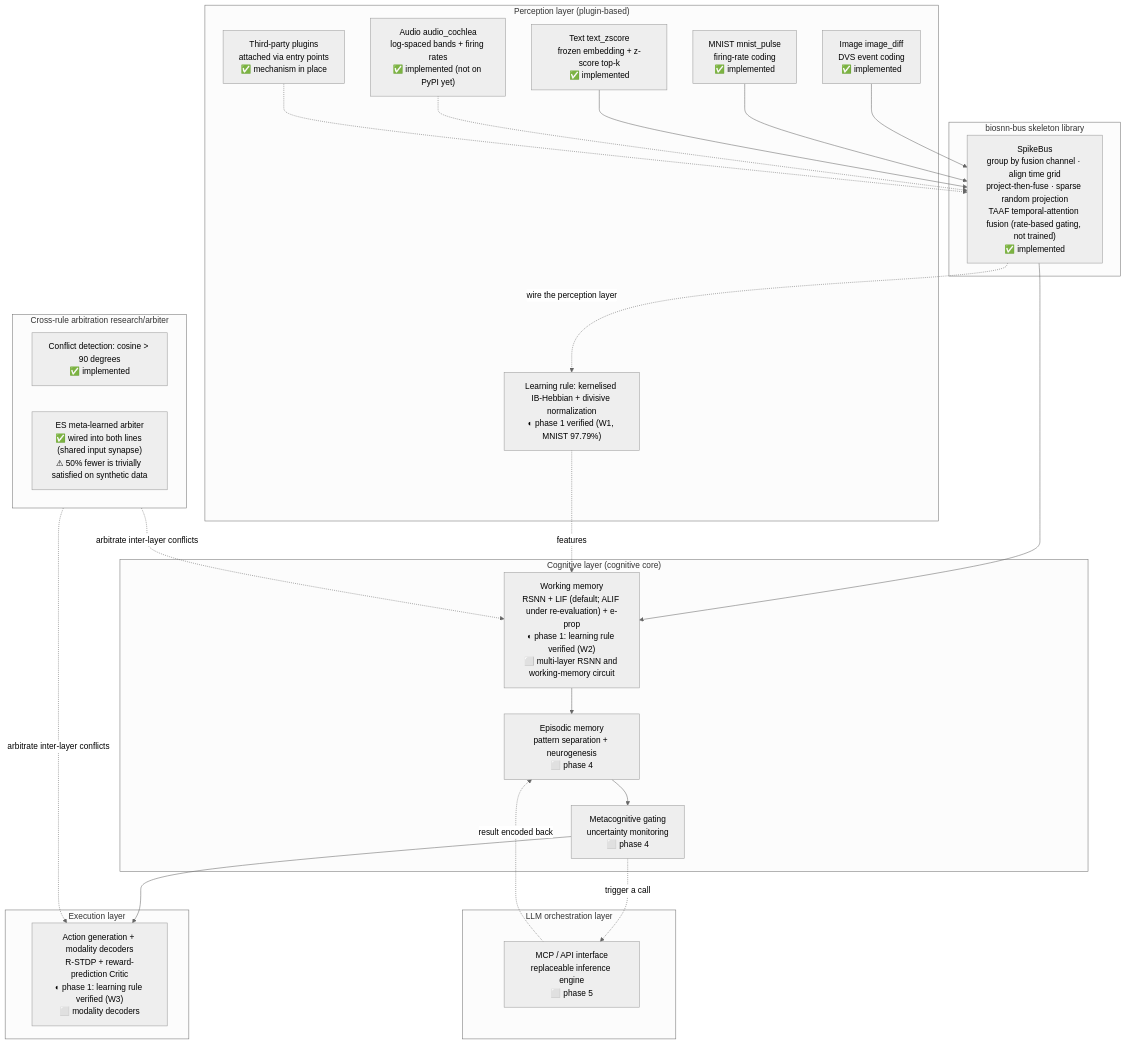
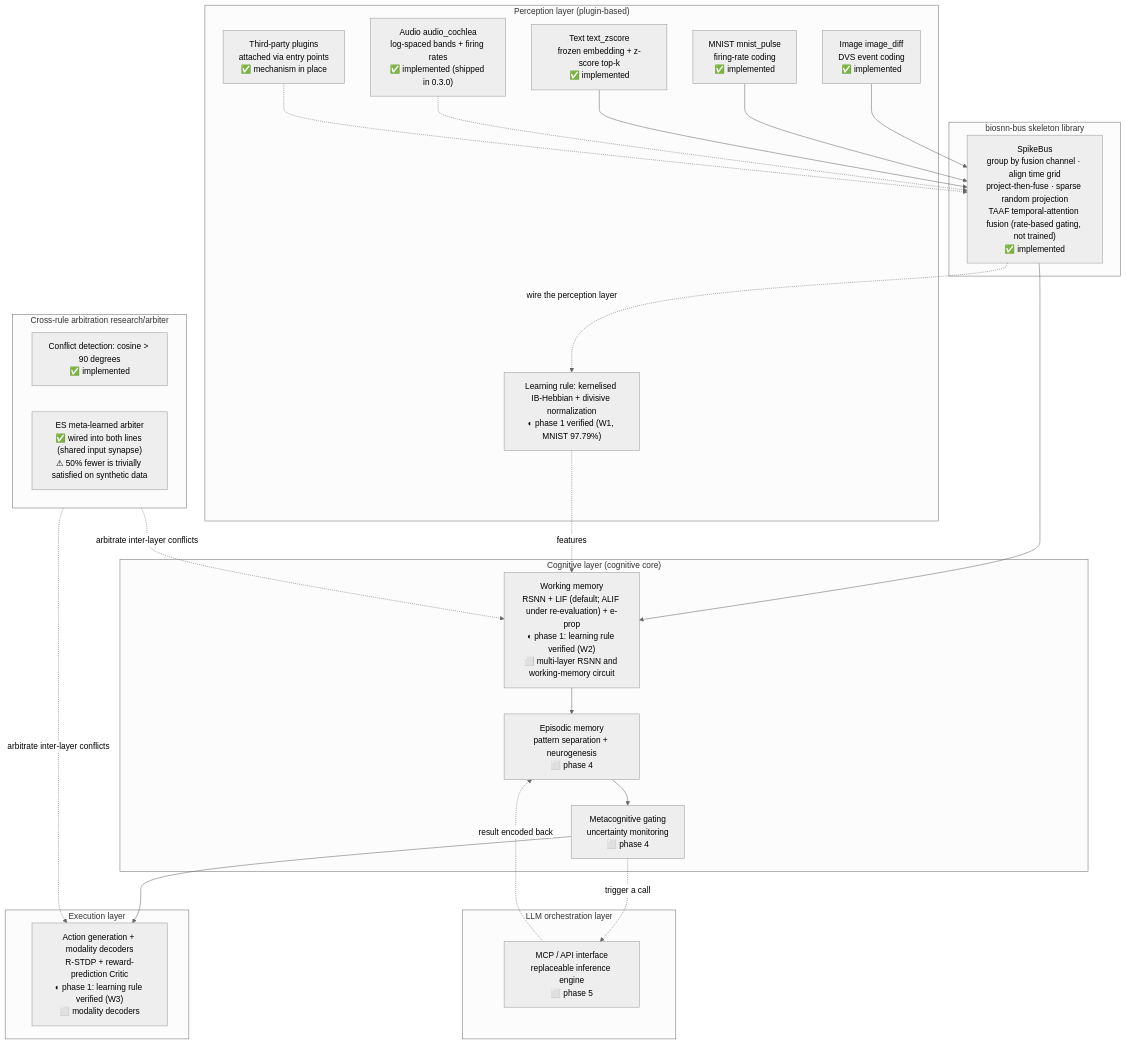
Before and after one commit to lzmd-arch/BioSNN-Plug: the diagram in README.en.md, drawn with Mermaid (neutral theme). The commit also changed other lines of this file and 2 other files, not shown here.

Commit message:
文档：音频插件其实已随 0.3.0 发布到 PyPI
进度核对时发现三语 README 的 2026-10-18 那两行仍写「未发布到 PyPI」，
而同一份文件的其它行写着 0.3.0 已发布、PyPI API 也确认了 0.3.0 在架。
v0.3.0 的 tag 是 2026-10-24 03:54，晚于那两行的日期——它们当时是真的，之后没跟着更新。

- README 三语：表格行与架构图节点都改为「0.3.0 已发布 / shipped in 0.3.0」。
- 计划书 §七 那个 2026-10-18 的进度块是**时点记录**，保持原样；等持续学习正式批次
  出结果后，再一并补一条修订说明（不覆盖原文）。

````diff
--- a/README.en.md
+++ b/README.en.md
@@ -145,50 +145,50 @@
 ```mermaid
 flowchart TB
     subgraph L5["LLM orchestration layer"]
         MCP["MCP / API interface<br/>replaceable inference engine<br/>⬜ phase 5"]
     end
 
     subgraph L4["Execution layer"]
         ACT["Action generation + modality decoders<br/>R-STDP + reward-prediction Critic<br/>◐ phase 1: learning rule verified (W3)<br/>⬜ modality decoders"]
     end
 
     subgraph L3["Cognitive layer (cognitive core)"]
         WM["Working memory<br/>RSNN + LIF (default; ALIF under re-evaluation) + e-prop<br/>◐ phase 1: learning rule verified (W2)<br/>⬜ multi-layer RSNN and working-memory circuit"]
         EM["Episodic memory<br/>pattern separation + neurogenesis<br/>⬜ phase 4"]
         MG["Metacognitive gating<br/>uncertainty monitoring<br/>⬜ phase 4"]
     end
 
     subgraph ARB["Cross-rule arbitration research/arbiter"]
         CF["Conflict detection: cosine > 90 degrees<br/>✅ implemented"]
         ES["ES meta-learned arbiter<br/>✅ wired into both lines (shared input synapse)<br/>⚠ 50% fewer is trivially satisfied on synthetic data"]
     end
 
     subgraph L2["biosnn-bus skeleton library"]
         BUS["SpikeBus<br/>group by fusion channel · align time grid<br/>project-then-fuse · sparse random projection<br/>TAAF temporal-attention fusion (rate-based gating, not trained)<br/>✅ implemented"]
     end
 
     subgraph L1["Perception layer (plugin-based)"]
         IMG["Image image_diff<br/>DVS event coding<br/>✅ implemented"]
         MN["MNIST mnist_pulse<br/>firing-rate coding<br/>✅ implemented"]
         TXT["Text text_zscore<br/>frozen embedding + z-score top-k<br/>✅ implemented"]
-        AUD["Audio audio_cochlea<br/>log-spaced bands + firing rates<br/>✅ implemented (not on PyPI yet)"]
+        AUD["Audio audio_cochlea<br/>log-spaced bands + firing rates<br/>✅ implemented (shipped in 0.3.0)"]
         THIRD["Third-party plugins<br/>attached via entry points<br/>✅ mechanism in place"]
         HEB["Learning rule: kernelised IB-Hebbian + divisive normalization<br/>◐ phase 1 verified (W1, MNIST 97.79%)"]
     end
 
     IMG --> BUS
     MN --> BUS
     TXT --> BUS
     AUD -.-> BUS
     THIRD -.-> BUS
     BUS --> WM
     BUS -.->|wire the perception layer| HEB
     HEB -.->|features| WM
     WM --> EM
     EM --> MG
     MG --> ACT
     MG -.->|trigger a call| MCP
     MCP -.->|result encoded back| EM
     ARB -.->|arbitrate inter-layer conflicts| WM
     ARB -.->|arbitrate inter-layer conflicts| ACT
 ```
````
